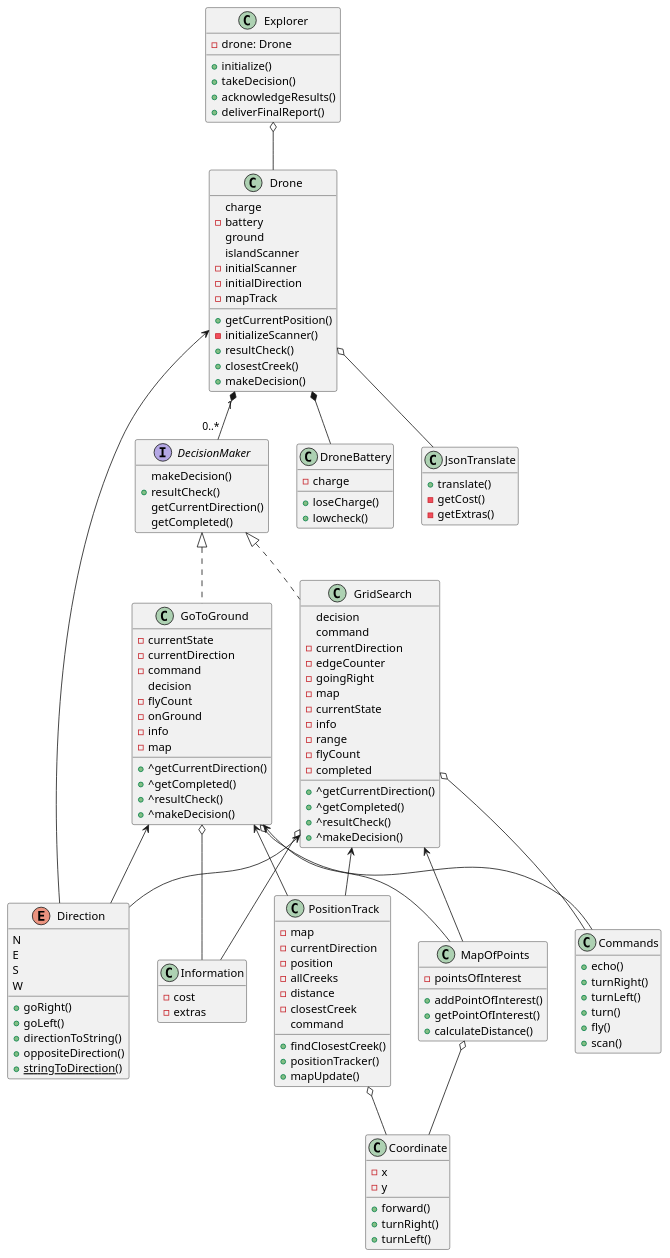
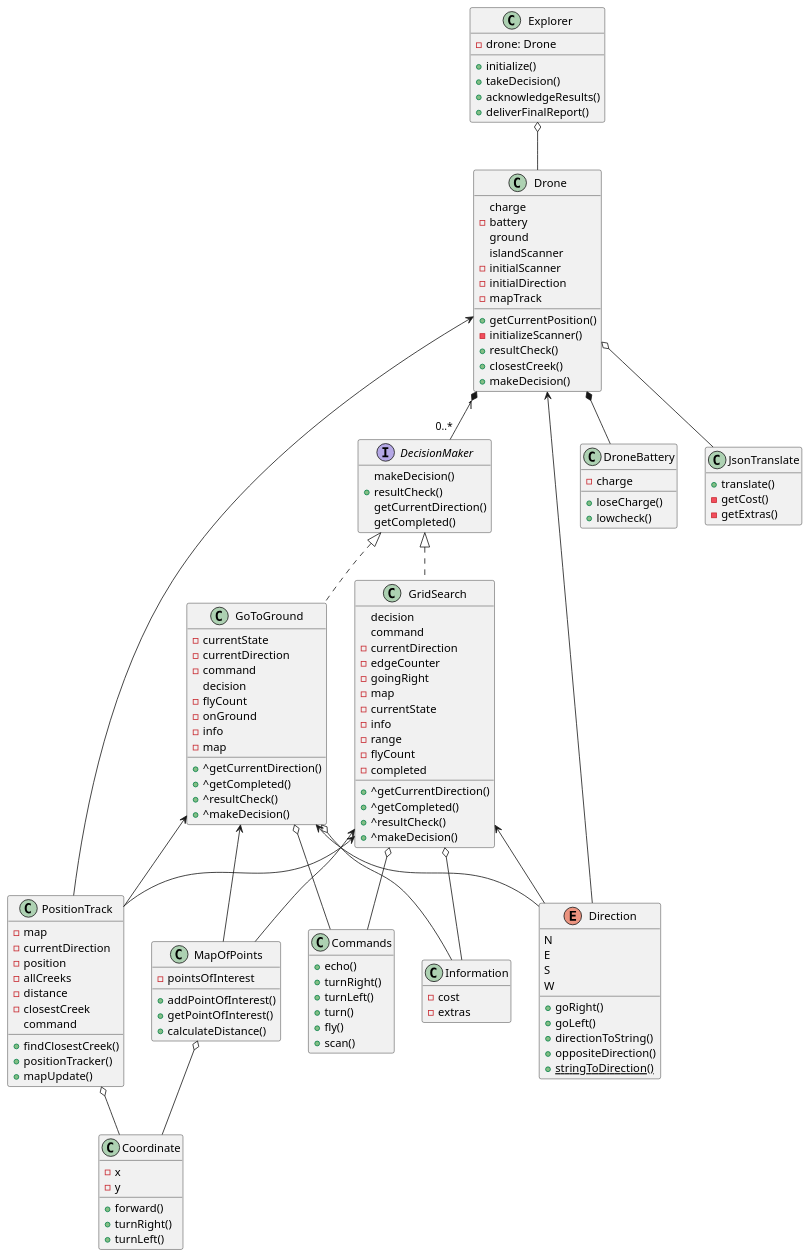
Before and after one commit to 2AA4-W24/a2-rescue-mission-team-113: the diagram in uml/HighLevelClassDIagram.puml, drawn with PlantUML.

Commit message:
added link between Drone and PositionTrack classes

```diff
--- a/uml/HighLevelClassDIagram.puml
+++ b/uml/HighLevelClassDIagram.puml
@@ -1,152 +1,153 @@
 @startuml
 
 hide empty members
 
 class Commands {
     + echo()
     + turnRight()
     + turnLeft()
     + turn()
     + fly()
     + scan()
 }
 
 class Coordinate {
     - x
     - y
     + forward()
     + turnRight()
     + turnLeft()
 }
 
 interface DecisionMaker {
     makeDecision()
     + resultCheck()
     getCurrentDirection()
     getCompleted()
 }
 
 enum Direction {
     N
     E
     S
     W
     + goRight()
     + goLeft()
     + directionToString()
     + oppositeDirection()
     + {static} stringToDirection()
 }
 
 class Drone {
     charge
     - battery
     ground
     islandScanner
     - initialScanner
     - initialDirection
     - mapTrack
     + getCurrentPosition()
     - initializeScanner()
     + resultCheck()
     + closestCreek()
     + makeDecision()
 }
 
 class DroneBattery {
     - charge
     + loseCharge()
     + lowcheck()
 }
 
 class Explorer {
     - drone: Drone
     + initialize()
     + takeDecision()
     + acknowledgeResults()
     + deliverFinalReport()
 }
 
 class GoToGround implements DecisionMaker {
     - currentState
     - currentDirection
     - command
     decision
     - flyCount
     - onGround
     - info
     - map
     + ^getCurrentDirection()
     + ^getCompleted()
     + ^resultCheck()
     + ^makeDecision()
 }
 
 class GridSearch implements DecisionMaker {
     decision
     command
     - currentDirection
     - edgeCounter
     - goingRight
     - map
     - currentState
     - info
     - range
     - flyCount
     - completed
     + ^getCurrentDirection()
     + ^getCompleted()
     + ^resultCheck()
     + ^makeDecision()
 }
 
 class Information {
     - cost
     - extras
 }
 
 class JsonTranslate {
     + translate()
     - getCost()
     - getExtras()
 }
 
 class MapOfPoints {
     - pointsOfInterest
     + addPointOfInterest()
     + getPointOfInterest()
     + calculateDistance()
 }
 
 class PositionTrack {
     - map
     - currentDirection
     - position
     - allCreeks
     - distance
     - closestCreek
     command
     + findClosestCreek()
     + positionTracker()
     + mapUpdate()
 }
 
 Explorer o-- Drone
 Drone "1" *-- "0..*" DecisionMaker
 Drone o-- JsonTranslate
 Drone *-- DroneBattery
 GoToGround o-- Commands
 GridSearch o-- Commands
 GoToGround <-- MapOfPoints
 GridSearch <-- MapOfPoints
 MapOfPoints o-- Coordinate
 GoToGround <-- PositionTrack
 GridSearch <-- PositionTrack
 PositionTrack o-- Coordinate
 GoToGround o-- Information
 GridSearch o-- Information
 Drone <-- Direction
 GoToGround <-- Direction
 GridSearch <-- Direction
+Drone <- PositionTrack
 
 @enduml
```
